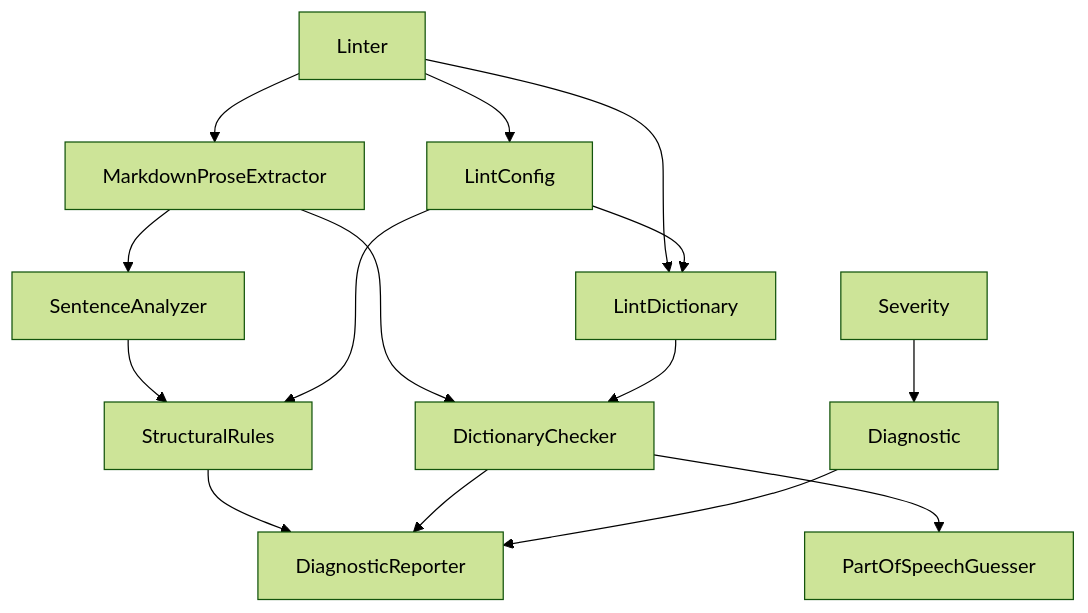
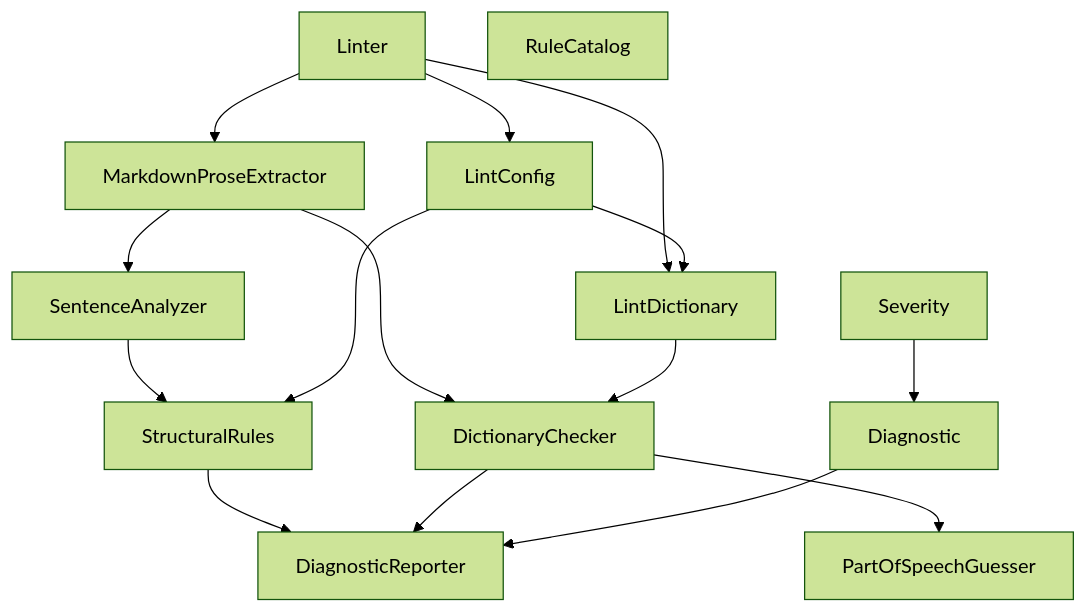
The diagram in docs/design/ste100-mark/linting.md (demaconsulting/Ste100Mark), drawn with Mermaid (forest theme) before and after one commit. The commit also changed other lines of this file and 24 other files, not shown here.

````diff
--- a/docs/design/ste100-mark/linting.md
+++ b/docs/design/ste100-mark/linting.md
@@ -69,17 +73,18 @@
 ```mermaid
 flowchart TD
     Linter --> LintConfig
     Linter --> LintDictionary
     Linter --> MarkdownProseExtractor
     MarkdownProseExtractor --> SentenceAnalyzer
     MarkdownProseExtractor --> DictionaryChecker
     SentenceAnalyzer --> StructuralRules
     LintConfig --> StructuralRules
     LintConfig --> LintDictionary
     LintDictionary --> DictionaryChecker
     DictionaryChecker --> PartOfSpeechGuesser
     StructuralRules --> DiagnosticReporter
     DictionaryChecker --> DiagnosticReporter
     Severity --> Diagnostic
     Diagnostic --> DiagnosticReporter
+    RuleCatalog
 ```
````
